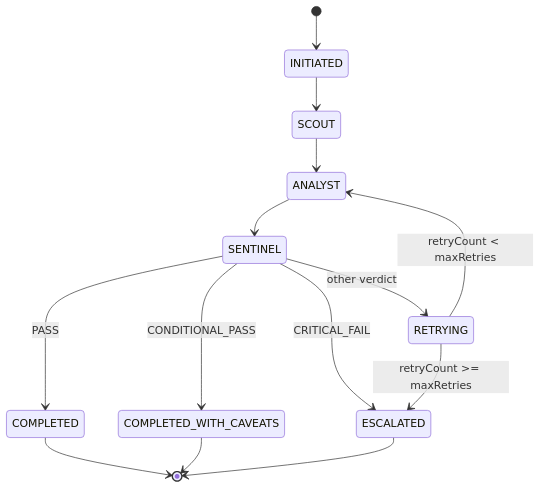
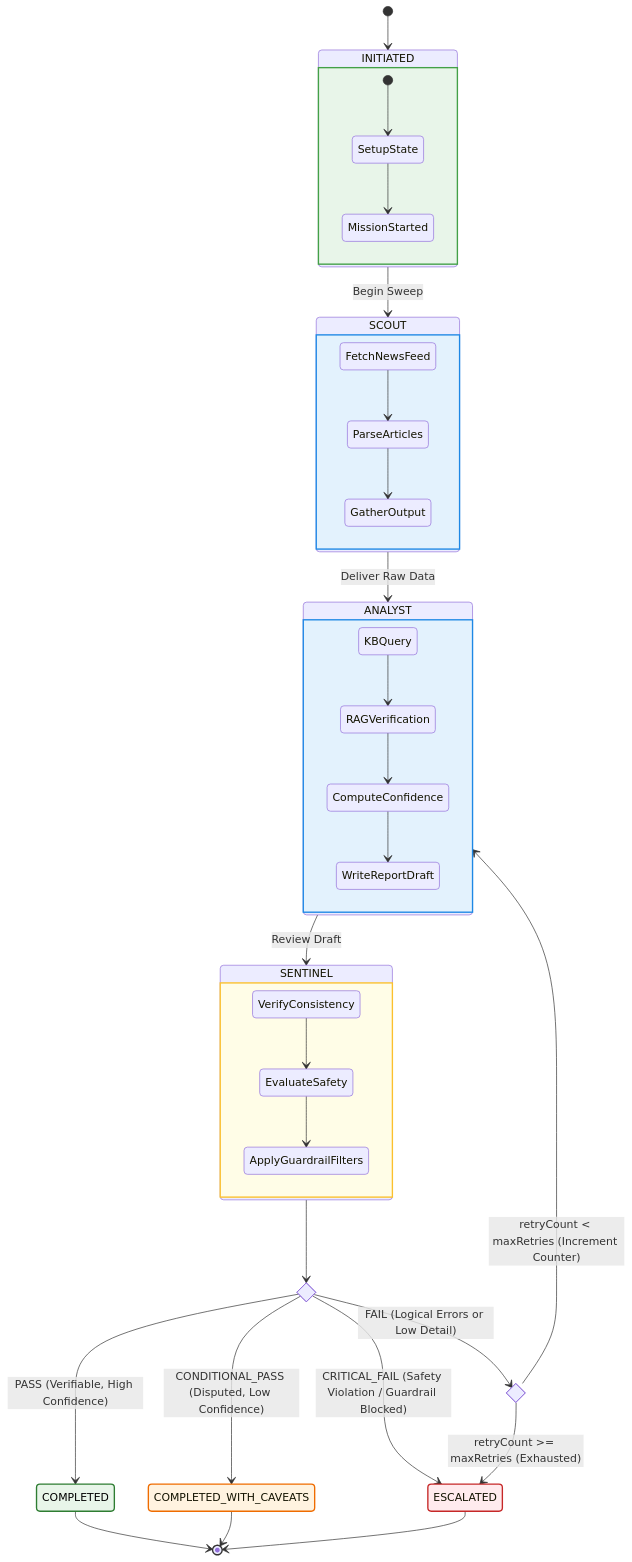
Before and after one commit to HimanshuMohanty-Git24/Aegis-Tactical: the second of 3 diagrams in README.md, drawn with Mermaid. The commit also changed other lines of this file, not shown here.

Commit message:
docs: enhance README with architectural diagrams, updated tech stack shields, and refined system capability descriptions.

````diff
--- a/README.md
+++ b/README.md
@@ -150,19 +186,59 @@
 ```mermaid
 stateDiagram-v2
-  [*] --> INITIATED
-  INITIATED --> SCOUT
-  SCOUT --> ANALYST
-  ANALYST --> SENTINEL
+    classDef initiated fill:#e8f5e9,stroke:#43a047,stroke-width:2px;
+    classDef processing fill:#e3f2fd,stroke:#1e88e5,stroke-width:2px;
+    classDef checking fill:#fffde7,stroke:#fbc02d,stroke-width:2px;
+    classDef success fill:#e8f5e9,stroke:#2e7d32,stroke-width:2px,color:#000;
+    classDef warning fill:#fff3e0,stroke:#ef6c00,stroke-width:2px;
+    classDef failure fill:#ffebee,stroke:#c62828,stroke-width:2px;
 
-  SENTINEL --> COMPLETED: PASS
-  SENTINEL --> COMPLETED_WITH_CAVEATS: CONDITIONAL_PASS
-  SENTINEL --> ESCALATED: CRITICAL_FAIL
-  SENTINEL --> RETRYING: other verdict
+    [*] --> INITIATED
+    state INITIATED {
+        [*] --> SetupState
+        SetupState --> MissionStarted
+    }
 
-  RETRYING --> ANALYST: retryCount < maxRetries
-  RETRYING --> ESCALATED: retryCount >= maxRetries
+    INITIATED --> SCOUT : Begin Sweep
+    state SCOUT {
+        FetchNewsFeed --> ParseArticles
+        ParseArticles --> GatherOutput
+    }
 
-  COMPLETED --> [*]
-  COMPLETED_WITH_CAVEATS --> [*]
-  ESCALATED --> [*]
+    SCOUT --> ANALYST : Deliver Raw Data
+    state ANALYST {
+        KBQuery --> RAGVerification
+        RAGVerification --> ComputeConfidence
+        ComputeConfidence --> WriteReportDraft
+    }
+
+    ANALYST --> SENTINEL : Review Draft
+    state SENTINEL {
+        VerifyConsistency --> EvaluateSafety
+        EvaluateSafety --> ApplyGuardrailFilters
+    }
+
+    state EVALUATE_VERDICT <<choice>>
+    SENTINEL --> EVALUATE_VERDICT
+
+    EVALUATE_VERDICT --> COMPLETED : PASS (Verifiable, High Confidence)
+    EVALUATE_VERDICT --> COMPLETED_WITH_CAVEATS : CONDITIONAL_PASS (Disputed, Low Confidence)
+    EVALUATE_VERDICT --> ESCALATED : CRITICAL_FAIL (Safety Violation / Guardrail Blocked)
+    
+    state RETRY_CHECK <<choice>>
+    EVALUATE_VERDICT --> RETRY_CHECK : FAIL (Logical Errors or Low Detail)
+
+    RETRY_CHECK --> ANALYST : retryCount < maxRetries (Increment Counter)
+    RETRY_CHECK --> ESCALATED : retryCount >= maxRetries (Exhausted)
+
+    COMPLETED --> [*]
+    COMPLETED_WITH_CAVEATS --> [*]
+    ESCALATED --> [*]
+
+    class INITIATED initiated
+    class SCOUT processing
+    class ANALYST processing
+    class SENTINEL checking
+    class COMPLETED success
+    class COMPLETED_WITH_CAVEATS warning
+    class ESCALATED failure
 ```
````
